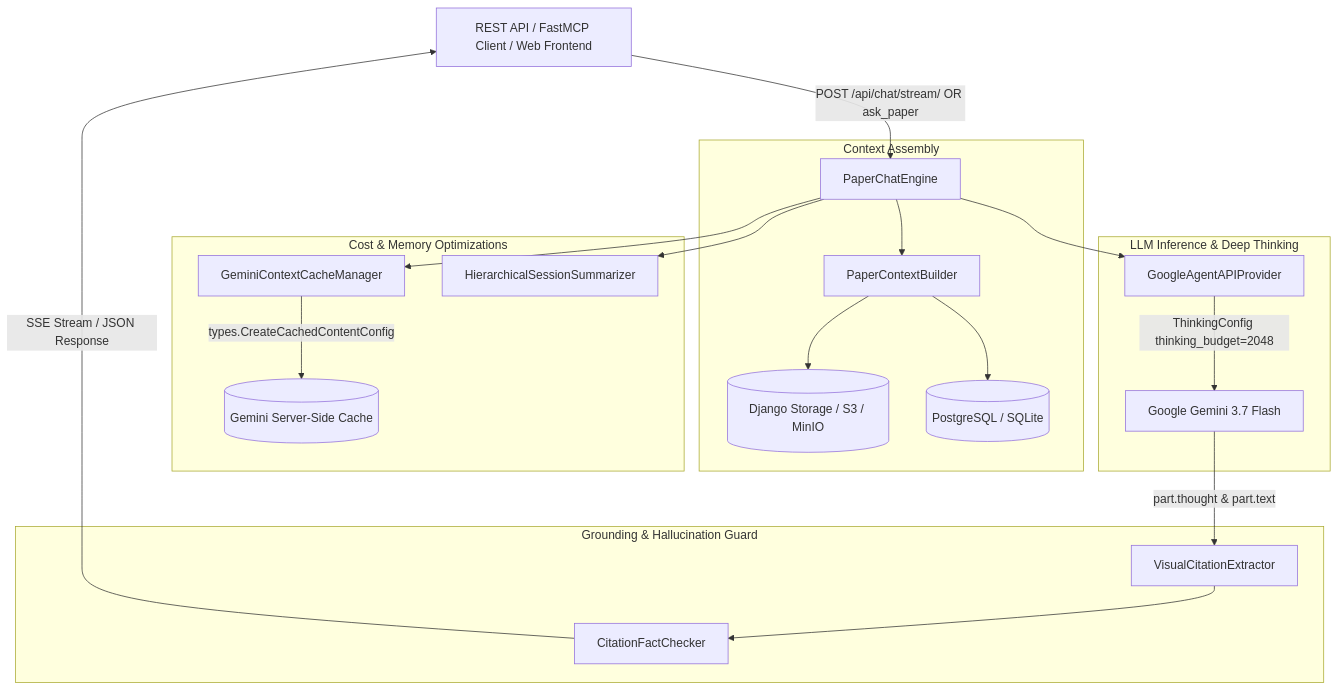
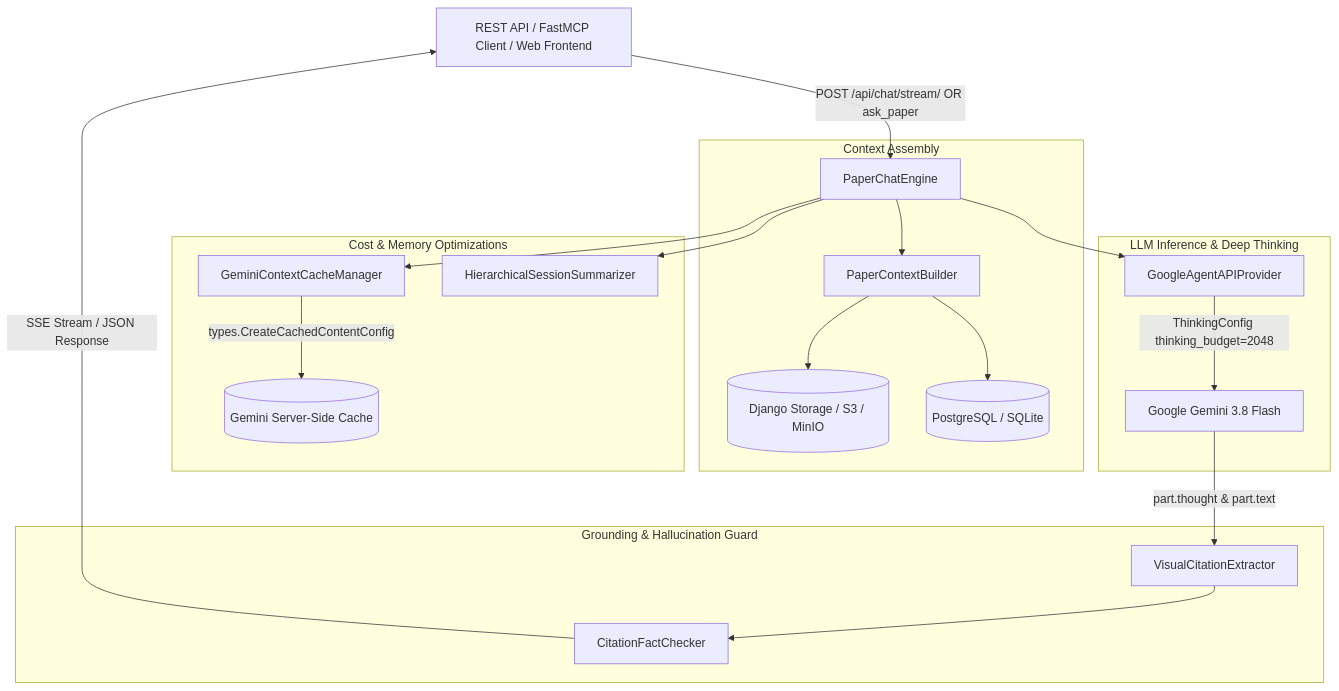
The diagram in backend/chat/README.md (p4ku/research-intelligence), drawn with Mermaid before and after one commit. The commit also changed other lines of this file and 6 other files, not shown here.

Commit message:
docs: update root, backend, and frontend READMEs with scorecard and editions architecture

````diff
--- a/backend/chat/README.md
+++ b/backend/chat/README.md
@@ -23,28 +23,28 @@
 ```mermaid
 flowchart TD
     Client[REST API / FastMCP Client / Web Frontend] -->|POST /api/chat/stream/ OR ask_paper| Orchestrator[PaperChatEngine]
     
     subgraph Context Assembly
         Orchestrator --> ContextBuilder[PaperContextBuilder]
         ContextBuilder --> Storage[(Django Storage / S3 / MinIO)]
         ContextBuilder --> DB[(PostgreSQL / SQLite)]
     end
 
     subgraph Cost & Memory Optimizations
         Orchestrator --> CacheManager[GeminiContextCacheManager]
         CacheManager -->|types.CreateCachedContentConfig| GeminiCache[(Gemini Server-Side Cache)]
         Orchestrator --> Summarizer[HierarchicalSessionSummarizer]
     end
 
     subgraph LLM Inference & Deep Thinking
         Orchestrator --> GoogleProvider[GoogleAgentAPIProvider]
-        GoogleProvider -->|ThinkingConfig thinking_budget=2048| GeminiAPI[Google Gemini 3.7 Flash]
+        GoogleProvider -->|ThinkingConfig thinking_budget=2048| GeminiAPI[Google Gemini 3.8 Flash]
     end
 
     subgraph Grounding & Hallucination Guard
         GeminiAPI -->|part.thought & part.text| CitationExtractor[VisualCitationExtractor]
         CitationExtractor --> FactChecker[CitationFactChecker]
     end
 
     FactChecker -->|SSE Stream / JSON Response| Client
 ```
````
